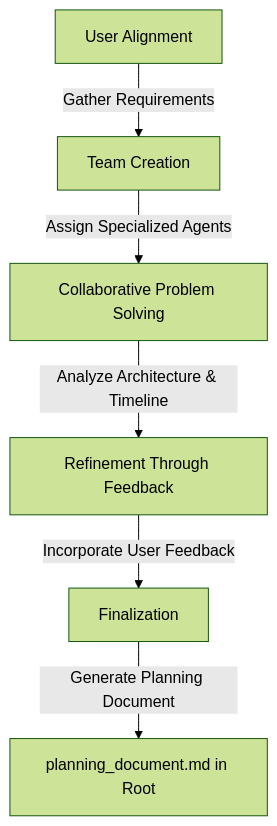
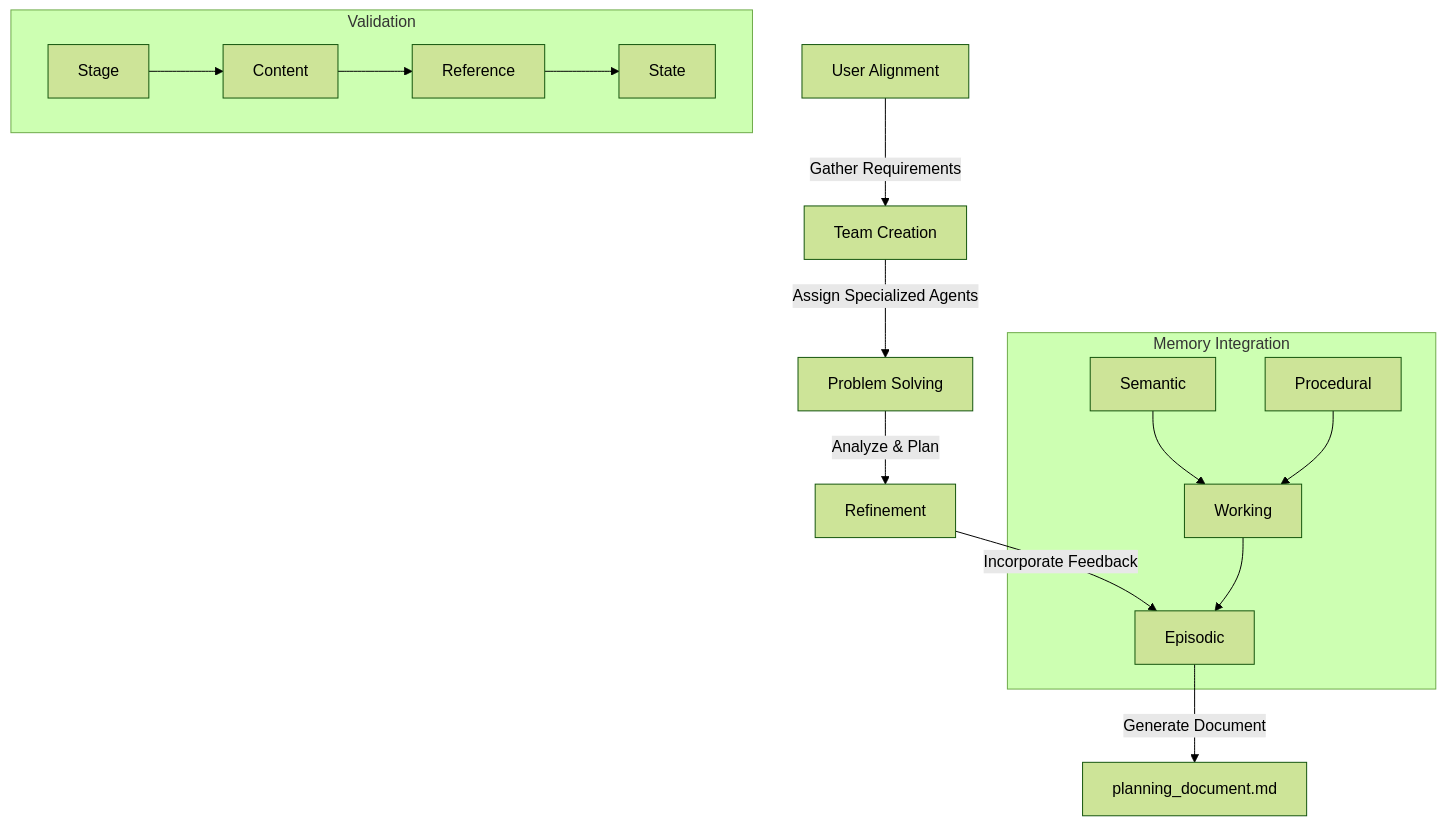
The diagram in docs/planning/workflow.md (FixingPixels/Aegis), drawn with Mermaid (forest theme) before and after one commit. The commit also changed other lines of this file and 61 other files, not shown here.

````diff
--- a/docs/planning/workflow.md
+++ b/docs/planning/workflow.md
@@ -7,8 +29,20 @@
 ```mermaid
 graph TD
     A[User Alignment] -->|Gather Requirements| B[Team Creation]
-    B -->|Assign Specialized Agents| C[Collaborative Problem Solving]
-    C -->|Analyze Architecture & Timeline| D[Refinement Through Feedback]
-    D -->|Incorporate User Feedback| E[Finalization]
-    E -->|Generate Planning Document| F[planning_document.md in Root]
+    B -->|Assign Specialized Agents| C[Problem Solving]
+    C -->|Analyze & Plan| D[Refinement]
+    D -->|Incorporate Feedback| E[Finalization]
+    E -->|Generate Document| F[planning_document.md]
+
+    subgraph "Memory Integration"
+        S[Semantic] --> W[Working]
+        P[Procedural] --> W
+        W --> E[Episodic]
+    end
+
+    subgraph "Validation"
+        V1[Stage] --> V2[Content]
+        V2 --> V3[Reference]
+        V3 --> V4[State]
+    end
 ```
````
